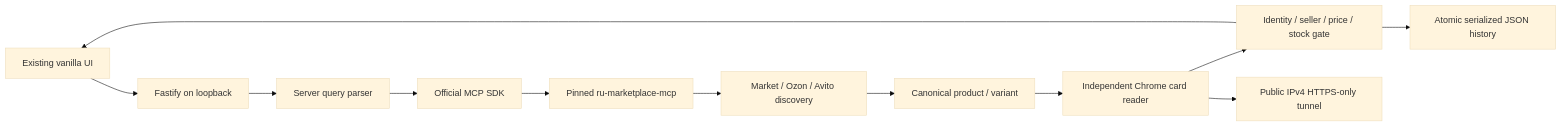
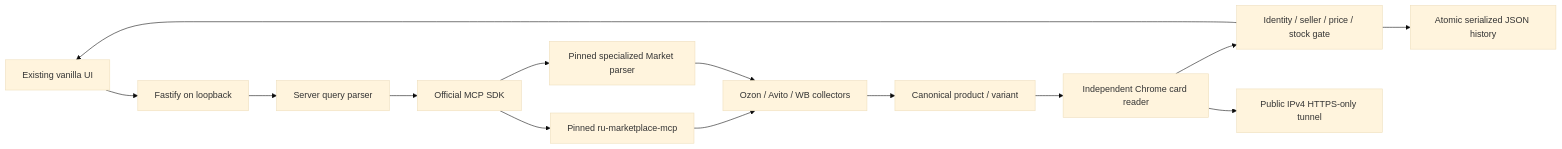
The diagram in docs/ARCHITECTURE.md (loftfull/marketplace-scout), drawn with Mermaid (base theme) before and after one commit. The commit also changed other lines of this file and 47 other files, not shown here.

````diff
--- a/docs/ARCHITECTURE.md
+++ b/docs/ARCHITECTURE.md
@@ -3,14 +3,16 @@
 ```mermaid
 flowchart LR
   UI[Existing vanilla UI] --> API[Fastify on loopback]
   API --> Query[Server query parser]
   Query --> MCP[Official MCP SDK]
   MCP --> RU[Pinned ru-marketplace-mcp]
-  RU --> Discovery[Market / Ozon / Avito discovery]
+  RU --> Discovery[Ozon / Avito / WB collectors]
+  MCP --> YM[Pinned specialized Market parser]
+  YM --> Discovery
   Discovery --> URLs[Canonical product / variant]
   URLs --> Browser[Independent Chrome card reader]
   Browser --> Verify[Identity / seller / price / stock gate]
   Verify --> History[Atomic serialized JSON history]
   Verify --> UI
   Browser --> Egress[Public IPv4 HTTPS-only tunnel]
 ```
````
